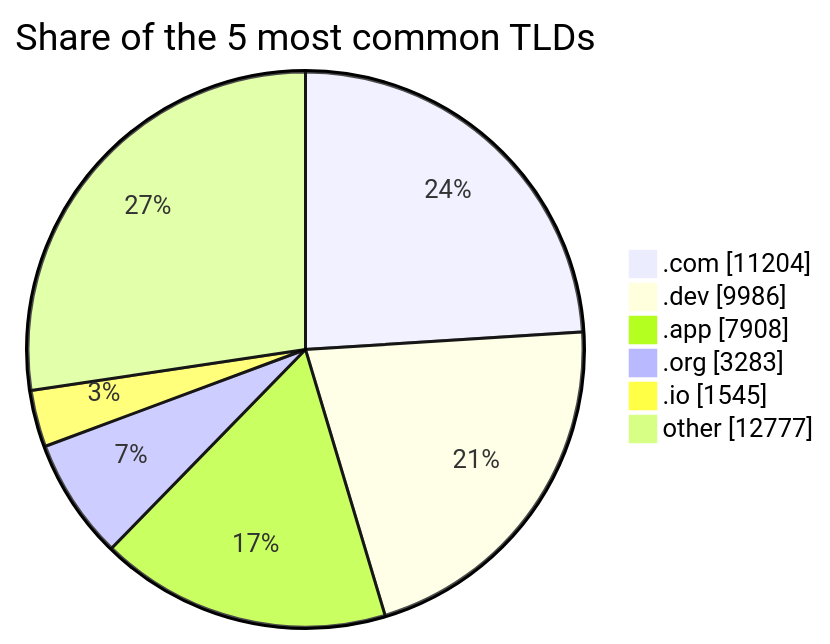
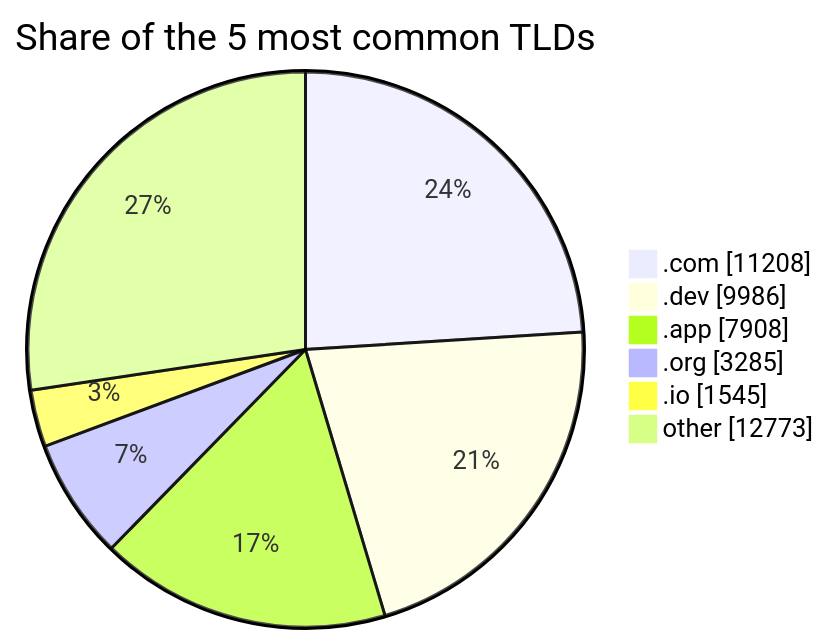
The third of 3 diagrams in README.md (DNSBunker/CTI), drawn with Mermaid before and after one commit. The commit also changed other lines of this file and 3 other files, not shown here.

````diff
--- a/README.md
+++ b/README.md
@@ -81,9 +81,9 @@
 ```mermaid
 pie showData title Share of the 5 most common TLDs
-    ".com" : 11204
+    ".com" : 11208
     ".dev" : 9986
     ".app" : 7908
-    ".org" : 3283
+    ".org" : 3285
     ".io" : 1545
-    "other" : 12777
+    "other" : 12773
 ```
````
